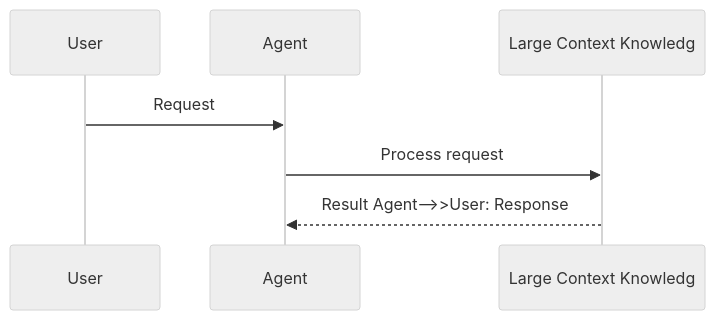
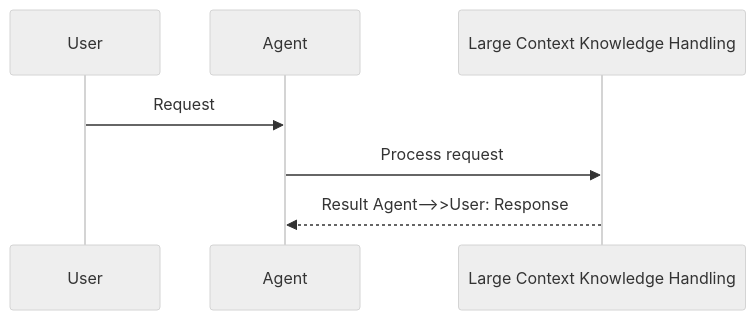
One commit to MervinPraison/PraisonAIDocs changed the second of 2 diagrams in docs/features/large-context-overview.mdx. Above: the diagram before and after it, drawn with Mermaid (neutral theme). The commit also changed 45 other files, not shown here.

First line of the commit message:
docs: fix truncated Mermaid diagram feature names (22-char cutoff)

````diff
--- a/docs/features/large-context-overview.mdx
+++ b/docs/features/large-context-overview.mdx
@@ -40,10 +40,10 @@
 ```mermaid
 sequenceDiagram
     participant User
     participant Agent
-    participant Feature as Large Context Knowledg
+    participant Feature as Large Context Knowledge Handling
 
     User->>Agent: Request
     Agent->>Feature: Process request
     Feature-->>Agent: Result    Agent-->>User: Response
 ```
````
